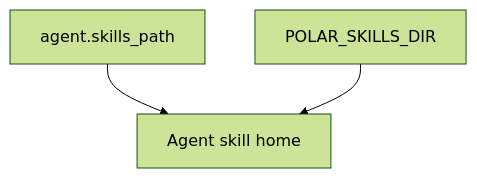
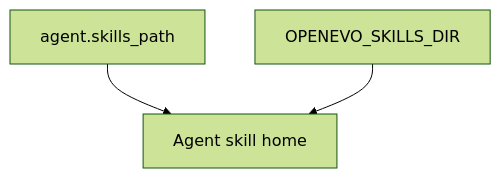
The third of 4 diagrams in docs/architecture/evolution-runtime-context.md (KDBRonaldo/OpenEvo), drawn with Mermaid (forest theme) before and after one commit. The commit also changed other lines of this file and 75 other files, not shown here.

````diff
--- a/docs/architecture/evolution-runtime-context.md
+++ b/docs/architecture/evolution-runtime-context.md
@@ -124,9 +124,9 @@
 ```mermaid
 flowchart TB
     Static[agent.skills_path]
-    Evolution[POLAR_SKILLS_DIR]
+    Evolution[OPENEVO_SKILLS_DIR]
     Target[Agent skill home]
 
     Static --> Target
     Evolution --> Target
 ```
````
